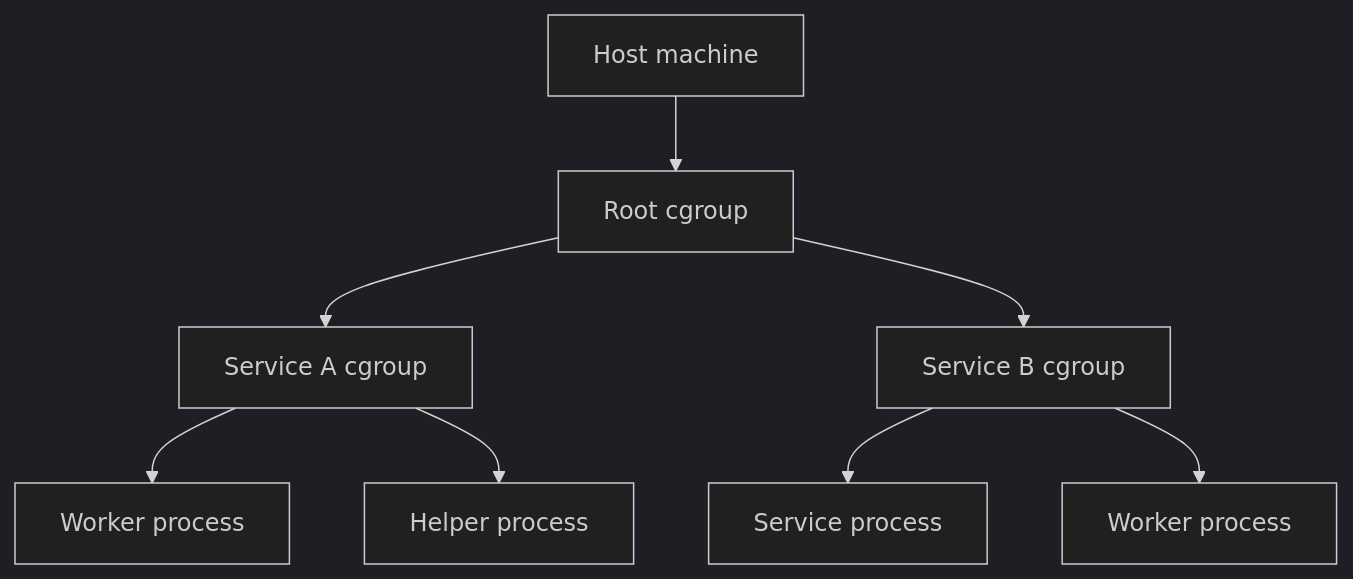
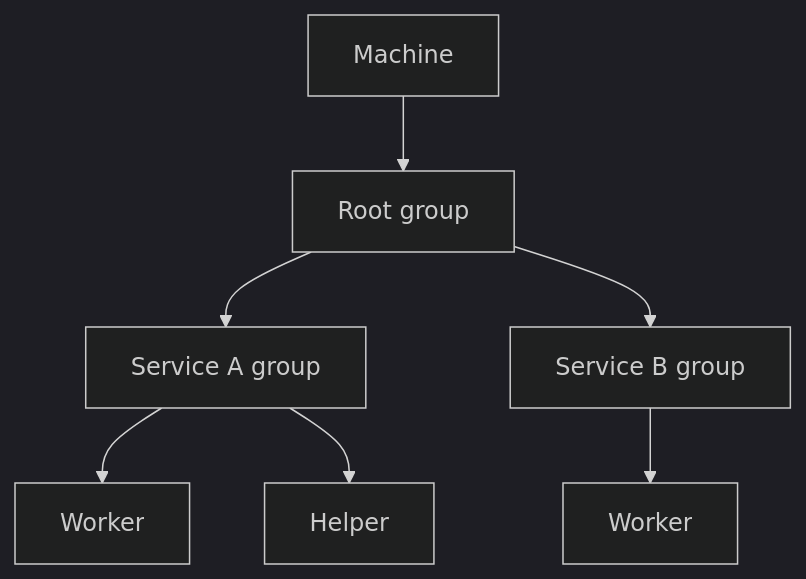
Before and after one commit to amrrdev/amrrdev.github.io: the third of 4 diagrams in _posts/2026-08-24-linux-resource-limits-and-the-oom-killer.md, drawn with Mermaid (dark theme). The commit also changed other lines of this file and 15 other files, not shown here.

````diff
--- a/_posts/2026-08-24-linux-resource-limits-and-the-oom-killer.md
+++ b/_posts/2026-08-24-linux-resource-limits-and-the-oom-killer.md
@@ -175,10 +120,9 @@
 ```mermaid
 flowchart TD
-    Machine[Host machine] --> Root[Root cgroup]
-    Root --> ServiceA[Service A cgroup]
-    Root --> ServiceB[Service B cgroup]
-    ServiceA --> A1[Worker process]
-    ServiceA --> A2[Helper process]
-    ServiceB --> B1[Service process]
-    ServiceB --> B2[Worker process]
+    Machine[Machine] --> Root[Root group]
+    Root --> A[Service A group]
+    Root --> B[Service B group]
+    A --> A1[Worker]
+    A --> A2[Helper]
+    B --> B1[Worker]
 ```
````
